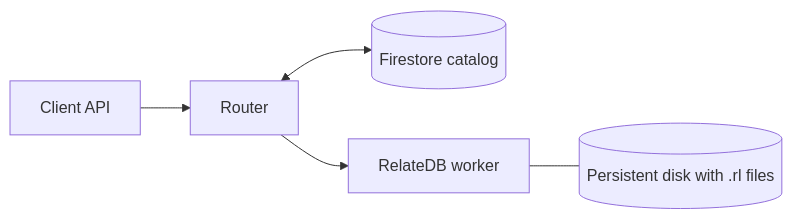
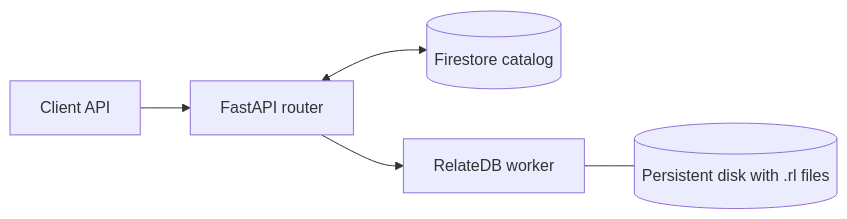
The diagram in README.md (Yahir-Ponce/frida-relates), drawn with Mermaid before and after one commit. The commit also changed other lines of this file, not shown here.

````diff
--- a/README.md
+++ b/README.md
@@ -11,7 +11,7 @@
 ```mermaid
 flowchart LR
-    Client["Client API"] --> Router["Router"]
+    Client["Client API"] --> Router["FastAPI router"]
     Router <--> Catalog[("Firestore catalog")]
     Router --> Worker["RelateDB worker"]
     Worker --- Disk[("Persistent disk with .rl files")]
 ```
````
